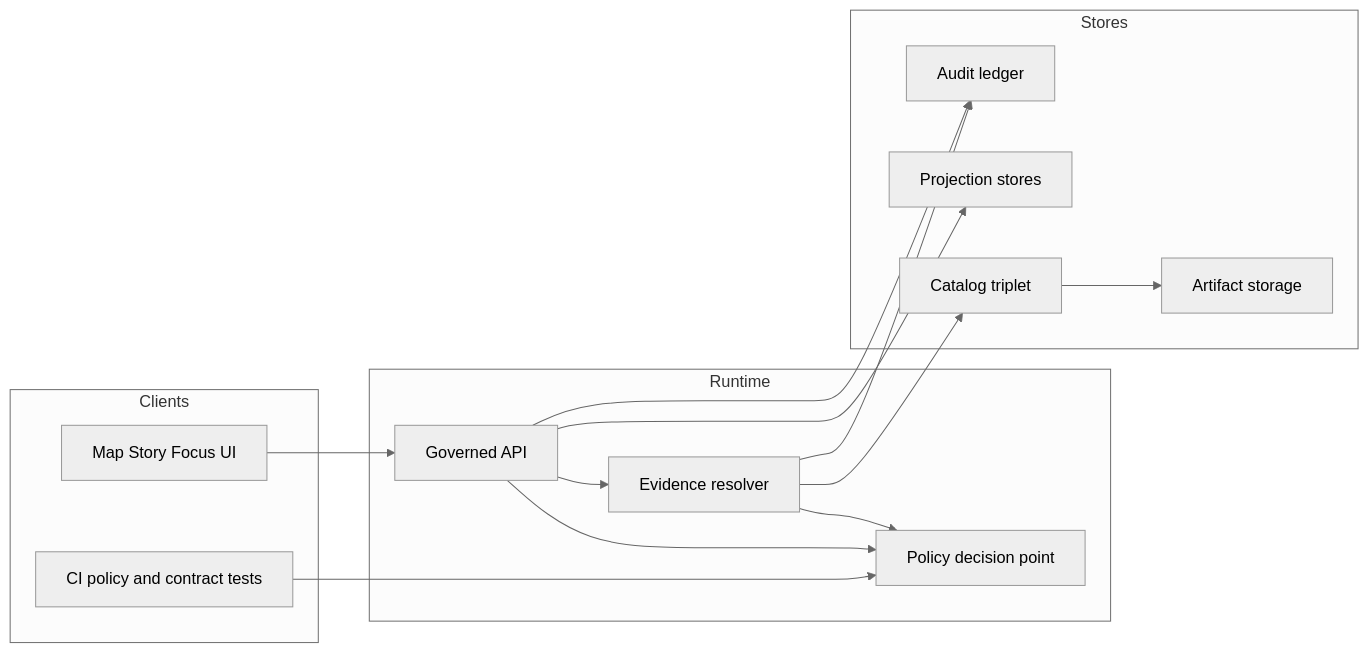
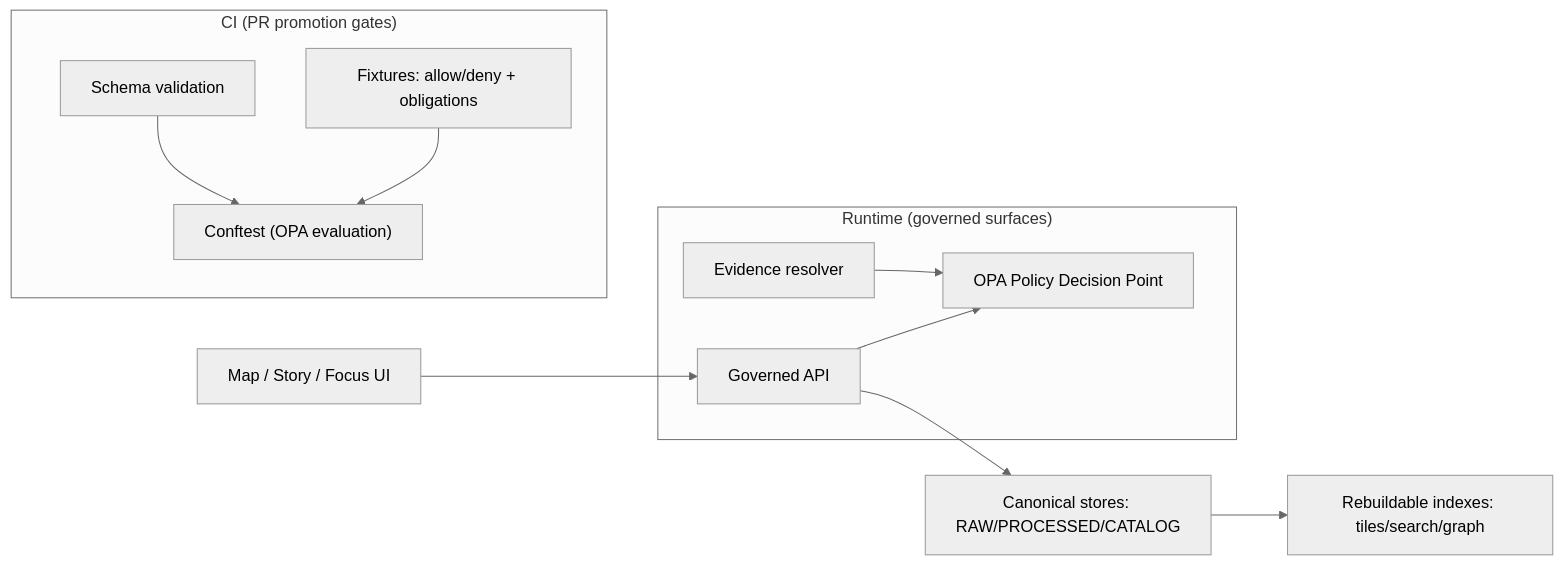
One commit to bartytime4life/Kansas-Frontier-Matrix changed the diagram in policy/README.md. Above: the diagram before and after it, drawn with Mermaid (neutral theme). The commit also changed other lines of this file, not shown here.

First line of the commit message:
Revise policy README for clarity and structure

````diff
--- a/policy/README.md
+++ b/policy/README.md
@@ -41,31 +91,27 @@
 ```mermaid
 flowchart LR
-  subgraph Clients
-    UI[Map Story Focus UI]
-    CI[CI policy and contract tests]
+  subgraph CI["CI (PR promotion gates)"]
+    Schemas["Schema validation"]
+    Conftest["Conftest (OPA evaluation)"]
+    Fixtures["Fixtures: allow/deny + obligations"]
   end
 
-  subgraph Runtime
-    API[Governed API]
-    PDP[Policy decision point]
-    ER[Evidence resolver]
+  subgraph Runtime["Runtime (governed surfaces)"]
+    API["Governed API"]
+    Evidence["Evidence resolver"]
+    PDP["OPA Policy Decision Point"]
   end
 
-  subgraph Stores
-    Catalog[Catalog triplet]
-    Artifacts[Artifact storage]
-    Projections[Projection stores]
-    Audit[Audit ledger]
-  end
+  UI["Map / Story / Focus UI"]
+  Canonical["Canonical stores: RAW/PROCESSED/CATALOG"]
+  Indexes["Rebuildable indexes: tiles/search/graph"]
 
   UI --> API
   API --> PDP
-  API --> ER
-  ER --> PDP
-  ER --> Catalog
-  Catalog --> Artifacts
-  API --> Projections
-  API --> Audit
-  ER --> Audit
-  CI --> PDP
+  Evidence --> PDP
+  API --> Canonical
+  Canonical --> Indexes
+
+  Schemas --> Conftest
+  Fixtures --> Conftest
 ```
````
